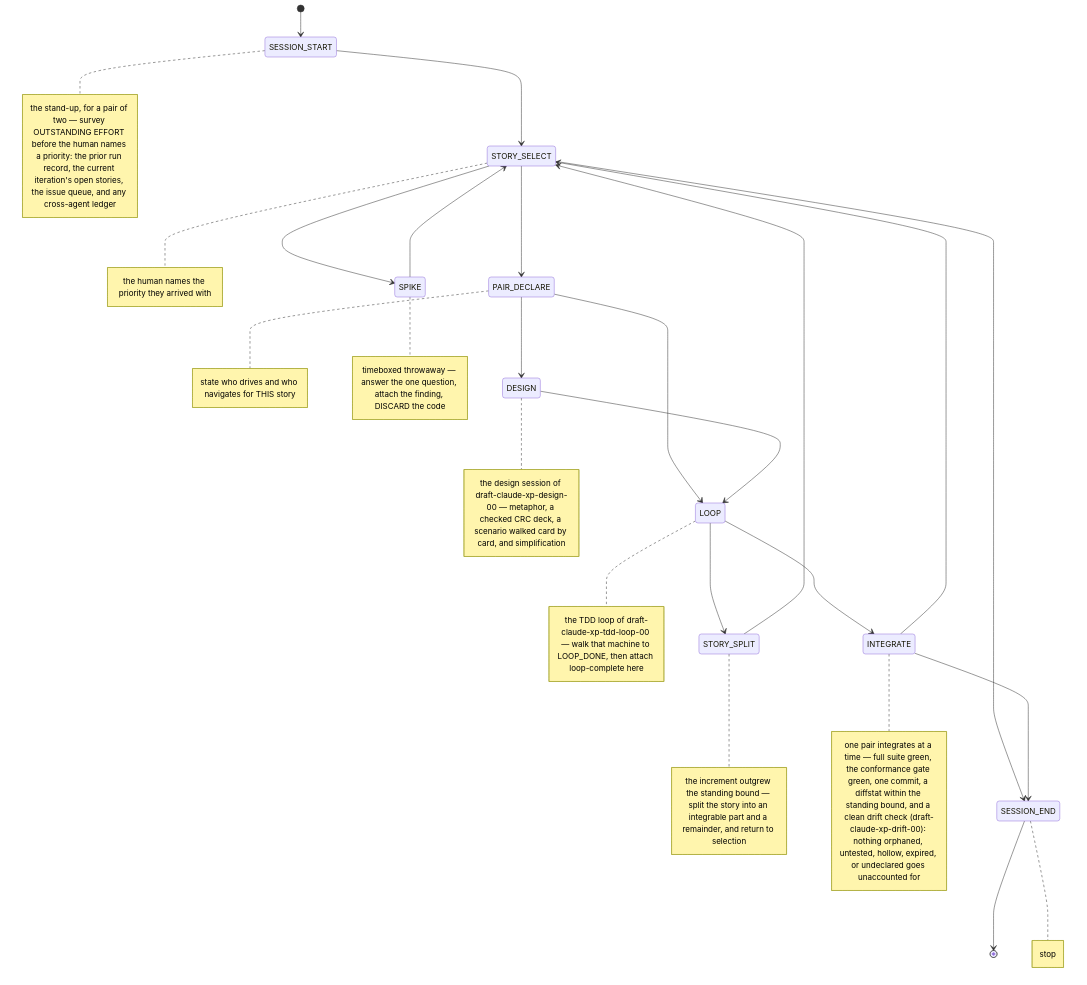
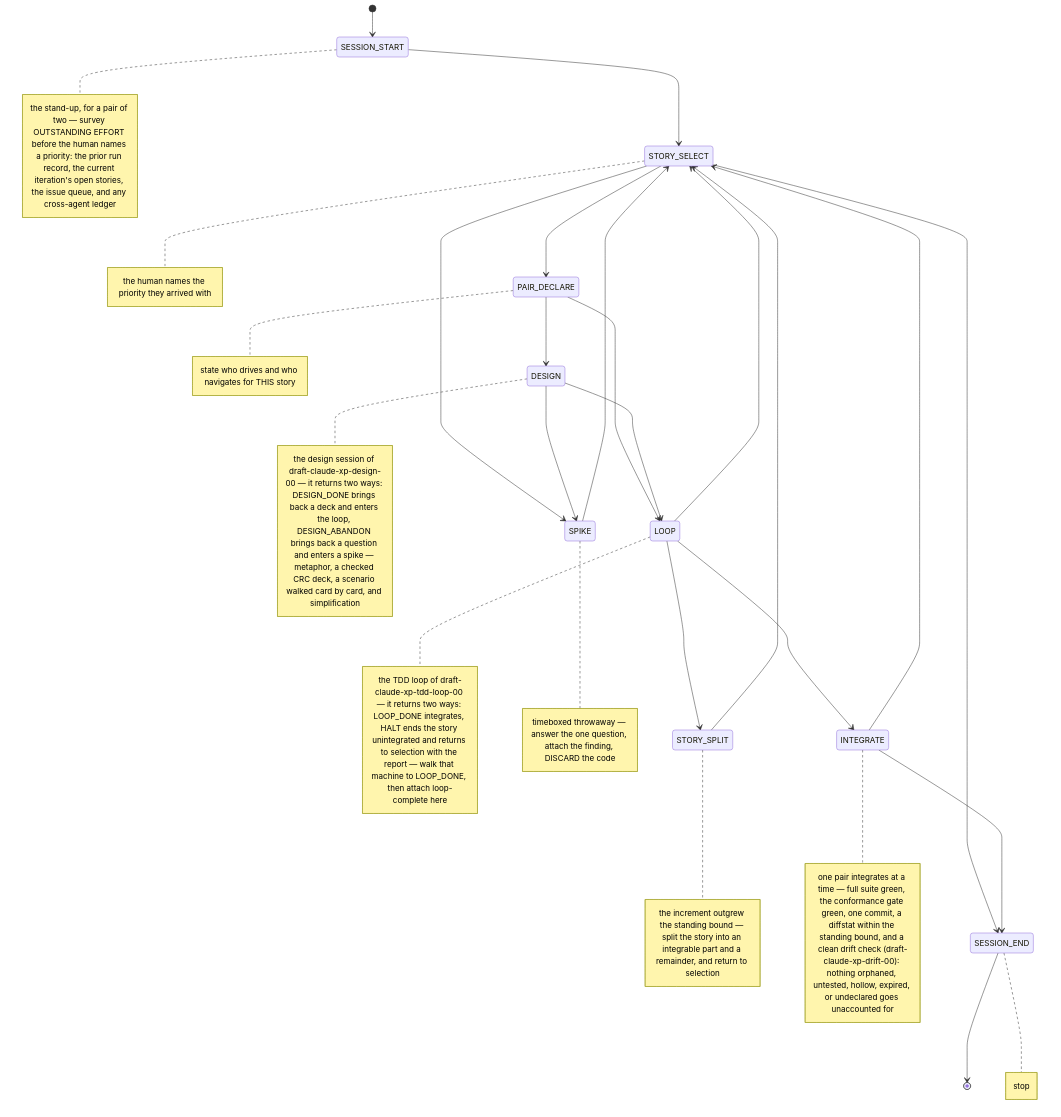
Before and after one commit to nnunley/llm-rfc-skill: the diagram in rfc/draft-claude-xp-pairing-00.md, drawn with Mermaid. The commit also changed other lines of this file and 4 other files, not shown here.

````diff
--- a/rfc/draft-claude-xp-pairing-00.md
+++ b/rfc/draft-claude-xp-pairing-00.md
@@ -133,45 +144,47 @@
 ```mermaid
 stateDiagram-v2
     [*] --> SESSION_START
     SESSION_START --> STORY_SELECT
     STORY_SELECT --> PAIR_DECLARE
     STORY_SELECT --> SPIKE
     STORY_SELECT --> SESSION_END
     SPIKE --> STORY_SELECT
     PAIR_DECLARE --> LOOP
     PAIR_DECLARE --> DESIGN
     DESIGN --> LOOP
+    DESIGN --> SPIKE
+    LOOP --> STORY_SELECT
     LOOP --> INTEGRATE
     LOOP --> STORY_SPLIT
     STORY_SPLIT --> STORY_SELECT
     INTEGRATE --> STORY_SELECT
     INTEGRATE --> SESSION_END
     SESSION_END --> [*]
     note right of DESIGN
-        the design session of draft-claude-xp-design-00 — metaphor, a checked CRC deck, a scenario walked card by card, and simplification
+        the design session of draft-claude-xp-design-00 — it returns two ways: DESIGN_DONE brings back a deck and enters the loop, DESIGN_ABANDON brings back a question and enters a spike — metaphor, a checked CRC deck, a scenario walked card by card, and simplification
     end note
     note right of STORY_SPLIT
         the increment outgrew the standing bound — split the story into an integrable part and a remainder, and return to selection
     end note
     note right of SESSION_END
         stop
     end note
     note right of LOOP
-        the TDD loop of draft-claude-xp-tdd-loop-00 — walk that machine to LOOP_DONE, then attach loop-complete here
+        the TDD loop of draft-claude-xp-tdd-loop-00 — it returns two ways: LOOP_DONE integrates, HALT ends the story unintegrated and returns to selection with the report — walk that machine to LOOP_DONE, then attach loop-complete here
     end note
     note right of PAIR_DECLARE
         state who drives and who navigates for THIS story
     end note
     note right of INTEGRATE
         one pair integrates at a time — full suite green, the conformance gate green, one commit, a diffstat within the standing bound, and a clean drift check (draft-claude-xp-drift-00): nothing orphaned, untested, hollow, expired, or undeclared goes unaccounted for
     end note
     note right of SPIKE
         timeboxed throwaway — answer the one question, attach the finding, DISCARD the code
     end note
     note right of SESSION_START
         the stand-up, for a pair of two — survey OUTSTANDING EFFORT before the human names a priority: the prior run record, the current iteration's open stories, the issue queue, and any cross-agent ledger
     end note
     note right of STORY_SELECT
         the human names the priority they arrived with
     end note
 ```
````
